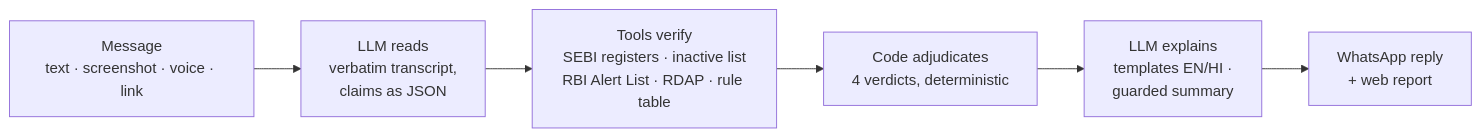
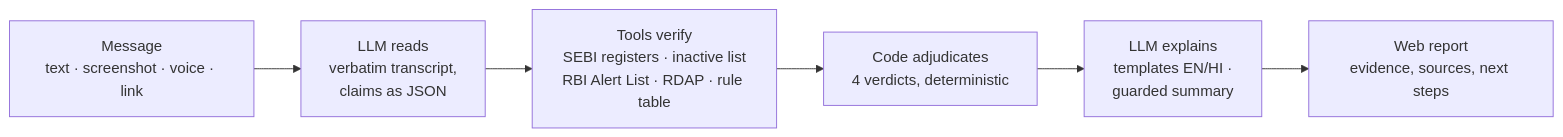
Before and after one commit to Anushika06/Jaanch: the diagram in README.md, drawn with Mermaid. The commit also changed other lines of this file and 21 other files, not shown here.

````diff
--- a/README.md
+++ b/README.md
@@ -48,8 +48,8 @@
 ```mermaid
 flowchart LR
   A[Message<br/>text · screenshot · voice · link] --> B[LLM reads<br/>verbatim transcript,<br/>claims as JSON]
   B --> C[Tools verify<br/>SEBI registers · inactive list<br/>RBI Alert List · RDAP · rule table]
   C --> D[Code adjudicates<br/>4 verdicts, deterministic]
   D --> E[LLM explains<br/>templates EN/HI ·<br/>guarded summary]
-  E --> F[WhatsApp reply<br/>+ web report]
+  E --> F[Web report<br/>evidence, sources, next steps]
 ```
````
